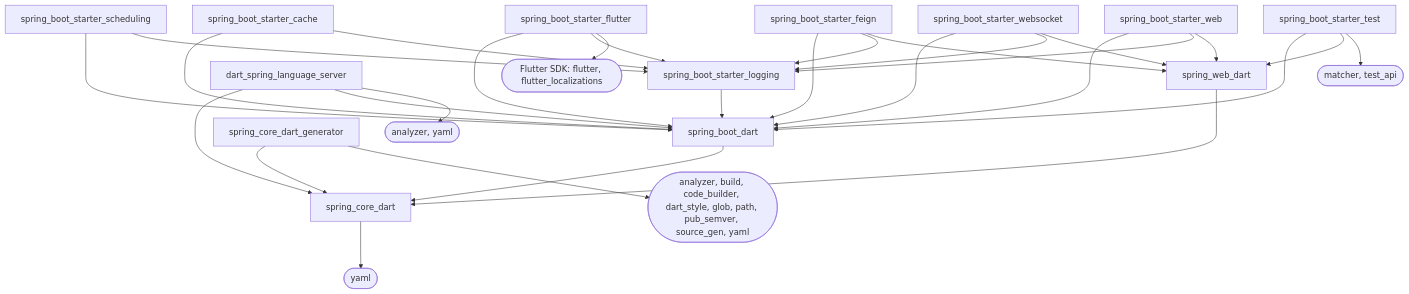
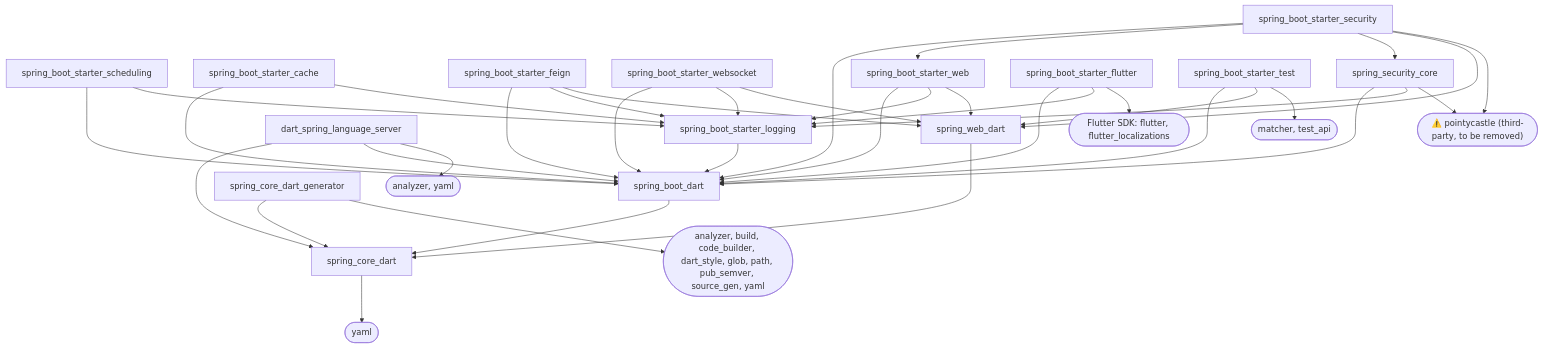
One commit to farum-azula/spring_core_dart changed the diagram in docs/dependencies.md. Above: the diagram before and after it, drawn with Mermaid. The commit also changed other lines of this file and 499 other files, not shown here.

````diff
--- a/docs/dependencies.md
+++ b/docs/dependencies.md
@@ -141,51 +200,62 @@
 ```mermaid
 graph TD
   core[spring_core_dart]
   boot[spring_boot_dart]
   web[spring_web_dart]
   logging[spring_boot_starter_logging]
   scheduling[spring_boot_starter_scheduling]
   cache[spring_boot_starter_cache]
   feign[spring_boot_starter_feign]
   websocket[spring_boot_starter_websocket]
   webStarter[spring_boot_starter_web]
+  securityCore[spring_security_core]
+  securityStarter[spring_boot_starter_security]
   flutterStarter[spring_boot_starter_flutter]
   testStarter[spring_boot_starter_test]
   generator[spring_core_dart_generator]
   lsp[dart_spring_language_server]
 
   yaml([yaml])
   flutterSdk([Flutter SDK: flutter, flutter_localizations])
   testApi([matcher, test_api])
   codegen([analyzer, build, code_builder, dart_style, glob, path, pub_semver, source_gen, yaml])
   analyzer([analyzer, yaml])
+  pointycastle(["⚠️ pointycastle (third-party, to be removed)"])
 
   core --> yaml
   boot --> core
   web --> core
   logging --> boot
   scheduling --> boot
   scheduling --> logging
   cache --> boot
   cache --> logging
   feign --> boot
   feign --> logging
   feign --> web
   websocket --> boot
   websocket --> logging
   websocket --> web
   webStarter --> boot
   webStarter --> logging
   webStarter --> web
+  securityCore --> boot
+  securityCore --> logging
+  securityCore --> pointycastle
+  securityStarter --> boot
+  securityStarter --> webStarter
+  securityStarter --> securityCore
+  securityStarter --> web
+  securityStarter --> pointycastle
   flutterStarter --> boot
   flutterStarter --> logging
   flutterStarter --> flutterSdk
   testStarter --> boot
   testStarter --> web
   testStarter --> testApi
   generator --> core
   generator --> codegen
   lsp --> core
   lsp --> boot
   lsp --> analyzer
 ```
````
